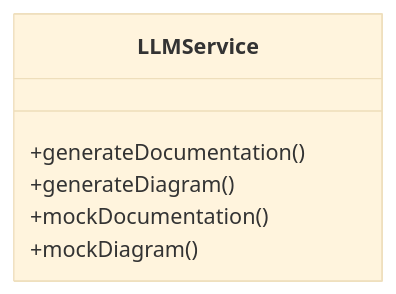
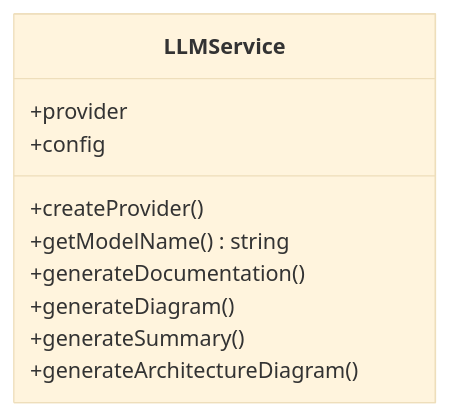
Before and after one commit to spanexx/MemoWikiV1: the diagram in .codewiki/diagrams/llm-service.mmd, drawn with Mermaid (base theme). The commit also changed other lines of this file and 114 other files, not shown here.

````diff
--- a/.codewiki/diagrams/llm-service.mmd
+++ b/.codewiki/diagrams/llm-service.mmd
@@ -2,9 +1,13 @@
 ```mermaid
 classDiagram
     class LLMService {
+        +provider
+        +config
+        +createProvider()
+        +getModelName() string
         +generateDocumentation()
         +generateDiagram()
-        +mockDocumentation()
-        +mockDiagram()
+        +generateSummary()
+        +generateArchitectureDiagram()
     }
 ```
````
